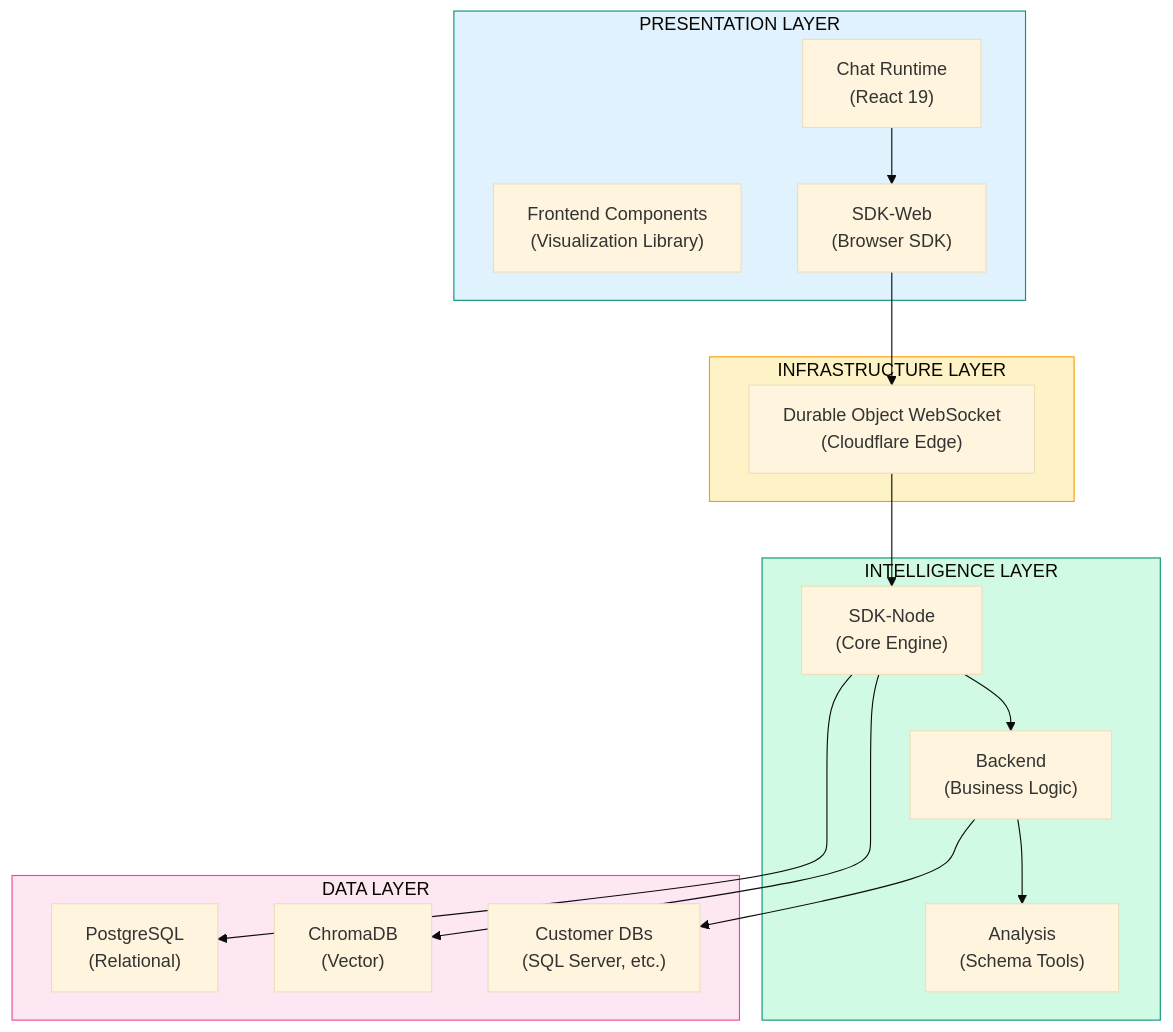
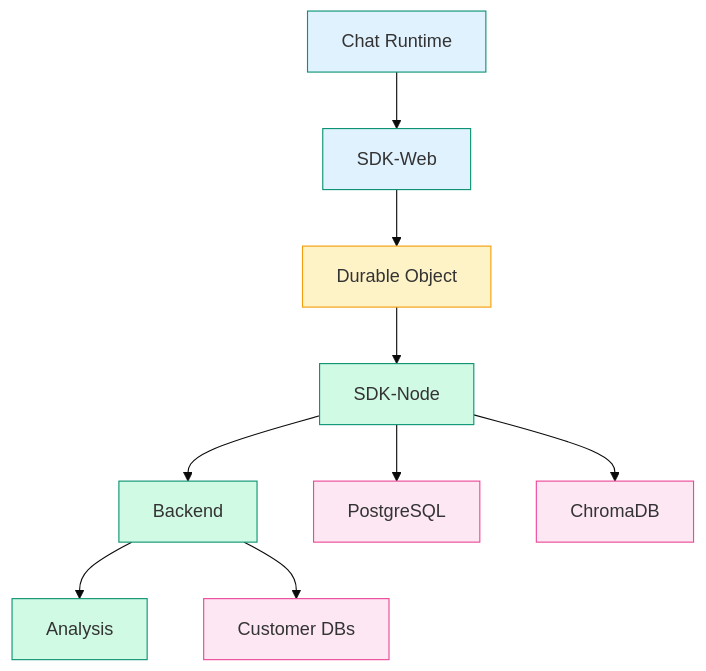
One commit to ashishsuperatom/tech-docs changed the first of 3 diagrams in architecture/overview.mdx. Above: the diagram before and after it, drawn with Mermaid (base theme). The commit also changed other lines of this file and 13 other files, not shown here.

First line of the commit message:
Add Superatom AI logo and fix Mermaid diagram rendering

````diff
--- a/architecture/overview.mdx
+++ b/architecture/overview.mdx
@@ -13,38 +13,17 @@
 ```mermaid
-flowchart TB
-    subgraph PRESENTATION["PRESENTATION LAYER"]
-        UI["Chat Runtime<br>(React 19)"]
-        FE["Frontend Components<br>(Visualization Library)"]
-        SDK_WEB["SDK-Web<br>(Browser SDK)"]
-    end
+flowchart TD
+    UI["Chat Runtime"] --> SDK_WEB["SDK-Web"] --> DO["Durable Object"]
+    DO --> SDK_NODE["SDK-Node"] --> BACKEND["Backend"] --> ANALYSIS["Analysis"]
+    SDK_NODE --> PG["PostgreSQL"] & CHROMA["ChromaDB"]
+    BACKEND --> CUSTOMER["Customer DBs"]
 
-    subgraph INFRASTRUCTURE["INFRASTRUCTURE LAYER"]
-        DO["Durable Object WebSocket<br>(Cloudflare Edge)"]
-    end
-
-    subgraph INTELLIGENCE["INTELLIGENCE LAYER"]
-        SDK_NODE["SDK-Node<br>(Core Engine)"]
-        BACKEND["Backend<br>(Business Logic)"]
-        ANALYSIS["Analysis<br>(Schema Tools)"]
-    end
-
-    subgraph DATA["DATA LAYER"]
-        PG["PostgreSQL<br>(Relational)"]
-        CHROMA["ChromaDB<br>(Vector)"]
-        CUSTOMER["Customer DBs<br>(SQL Server, etc.)"]
-    end
-
-    UI --> SDK_WEB
-    SDK_WEB --> DO
-    DO --> SDK_NODE
-    SDK_NODE --> BACKEND
-    BACKEND --> ANALYSIS
-    SDK_NODE --> PG
-    SDK_NODE --> CHROMA
-    BACKEND --> CUSTOMER
-
-    style PRESENTATION fill:#e0f2fe,stroke:#0D9373
-    style INFRASTRUCTURE fill:#fef3c7,stroke:#f59e0b
-    style INTELLIGENCE fill:#d1fae5,stroke:#0D9373
-    style DATA fill:#fce7f3,stroke:#ec4899
+    style UI fill:#e0f2fe,stroke:#0D9373
+    style SDK_WEB fill:#e0f2fe,stroke:#0D9373
+    style DO fill:#fef3c7,stroke:#f59e0b
+    style SDK_NODE fill:#d1fae5,stroke:#0D9373
+    style BACKEND fill:#d1fae5,stroke:#0D9373
+    style ANALYSIS fill:#d1fae5,stroke:#0D9373
+    style PG fill:#fce7f3,stroke:#ec4899
+    style CHROMA fill:#fce7f3,stroke:#ec4899
+    style CUSTOMER fill:#fce7f3,stroke:#ec4899
 ```
````
